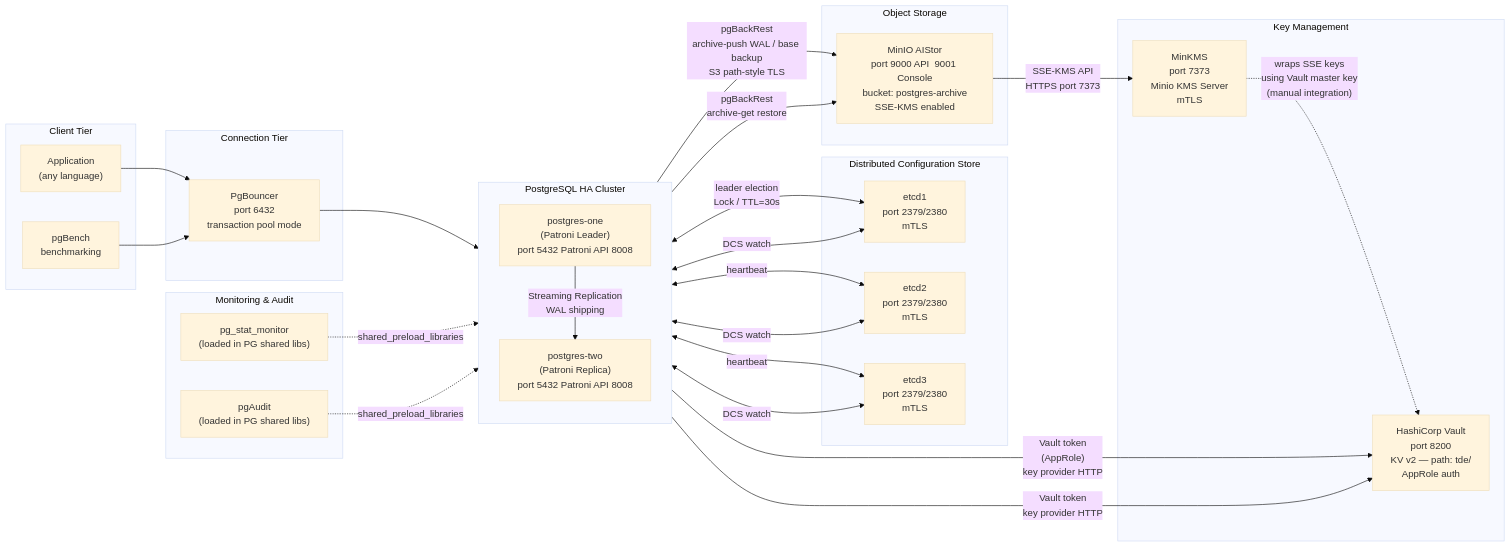
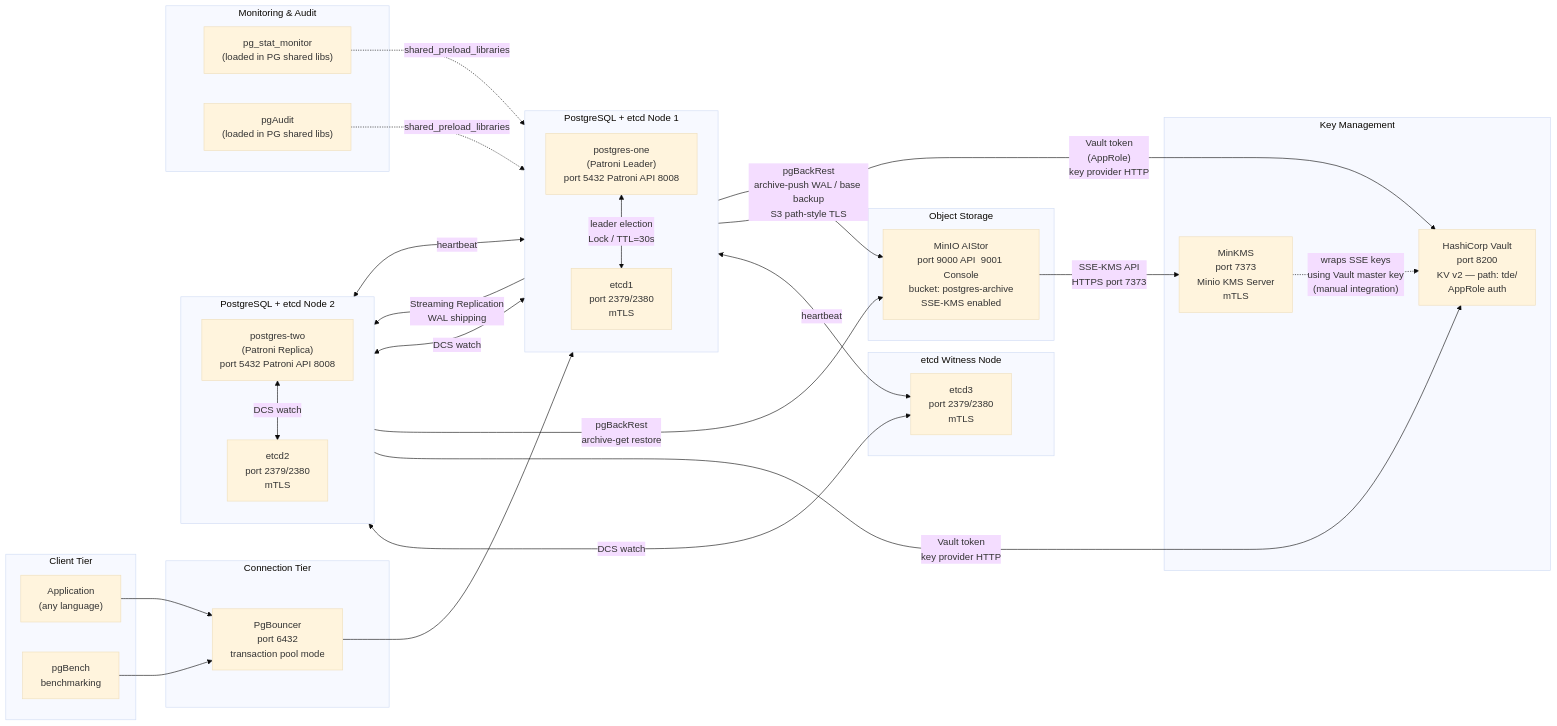
Before and after one commit to xdenistwn/patroni-postgres-tde: the first of 3 diagrams in docs/architecture/overview.md, drawn with Mermaid (base theme). The commit also changed other lines of this file, not shown here.

Commit message:
edit: overview.md, move etcd co-locate with the pg

````diff
--- a/docs/architecture/overview.md
+++ b/docs/architecture/overview.md
@@ -13,61 +13,66 @@
 ```mermaid
 graph LR
     subgraph "Client Tier"
         APP["Application\n(any language)"]
         BENCH["pgBench\nbenchmarking"]
     end
 
     subgraph "Connection Tier"
         PGB["PgBouncer\nport 6432\ntransaction pool mode"]
     end
 
-    subgraph "PostgreSQL HA Cluster"
+    subgraph "PostgreSQL + etcd Node 1"
         direction TB
         PG1["postgres-one\n(Patroni Leader)\nport 5432  Patroni API 8008"]
-        PG2["postgres-two\n(Patroni Replica)\nport 5432  Patroni API 8008"]
-        PG1 -- "Streaming Replication\nWAL shipping" --> PG2
+        E1["etcd1\nport 2379/2380\nmTLS"]
     end
 
-    subgraph "Distributed Configuration Store"
-        E1["etcd1\nport 2379/2380\nmTLS"]
+    subgraph "PostgreSQL + etcd Node 2"
+        direction TB
+        PG2["postgres-two\n(Patroni Replica)\nport 5432  Patroni API 8008"]
         E2["etcd2\nport 2379/2380\nmTLS"]
+    end
+
+    subgraph "etcd Witness Node"
         E3["etcd3\nport 2379/2380\nmTLS"]
     end
+
+    PG1 -- "Streaming Replication\nWAL shipping" --> PG2
 
     subgraph "Key Management"
         VAULT["HashiCorp Vault\nport 8200\nKV v2 — path: tde/\nAppRole auth"]
         MINKMS["MinKMS\nport 7373\nMinio KMS Server\nmTLS"]
     end
 
     subgraph "Object Storage"
         MINIO["MinIO AIStor\nport 9000 API  9001 Console\nbucket: postgres-archive\nSSE-KMS enabled"]
     end
 
     subgraph "Monitoring & Audit"
         PGSM["pg_stat_monitor\n(loaded in PG shared libs)"]
         PGAU["pgAudit\n(loaded in PG shared libs)"]
     end
 
     APP --> PGB
     BENCH --> PGB
     PGB --> PG1
 
     PG1 <-->|"leader election\nLock / TTL=30s"| E1
     PG1 <-->|"heartbeat"| E2
     PG1 <-->|"heartbeat"| E3
     PG2 <-->|"DCS watch"| E1
     PG2 <-->|"DCS watch"| E2
     PG2 <-->|"DCS watch"| E3
 
     PG1 -->|"Vault token\n(AppRole)\nkey provider HTTP"| VAULT
     PG2 -->|"Vault token\nkey provider HTTP"| VAULT
 
     PG1 -->|"pgBackRest\narchive-push WAL / base backup\nS3 path-style TLS"| MINIO
     PG2 -->|"pgBackRest\narchive-get restore"| MINIO
 
     MINIO -->|"SSE-KMS API\nHTTPS port 7373"| MINKMS
     MINKMS -.->|"wraps SSE keys\nusing Vault master key\n(manual integration)"| VAULT
 
     PGSM -.->|"shared_preload_libraries"| PG1
     PGAU -.->|"shared_preload_libraries"| PG1
 ```
````
